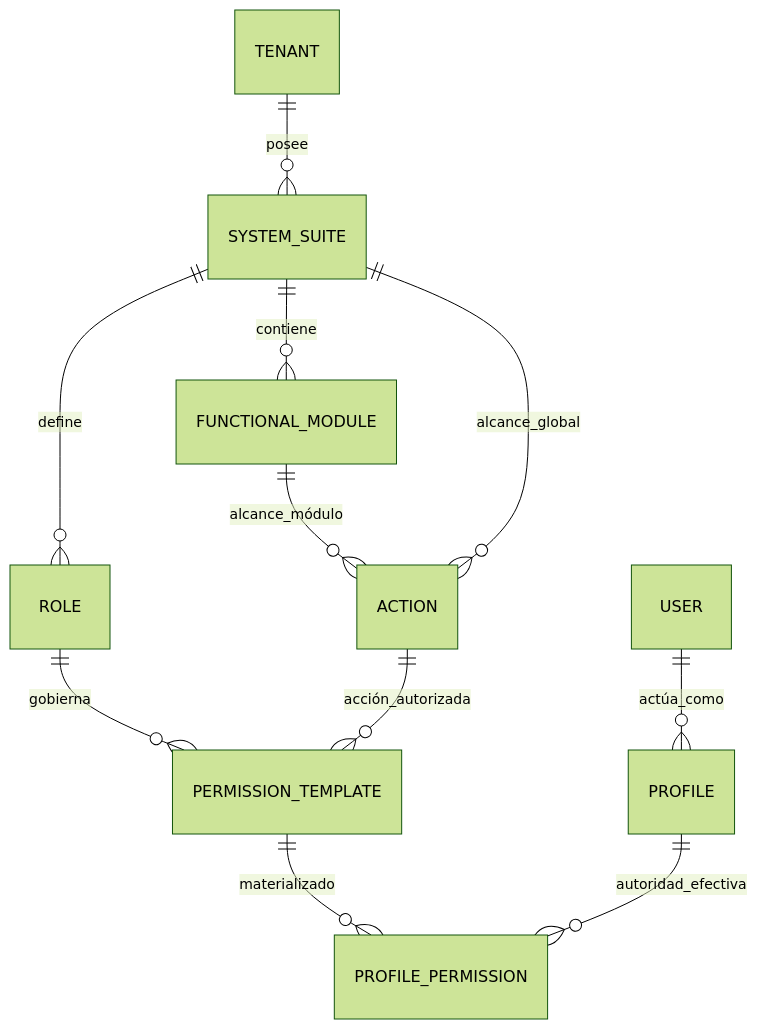
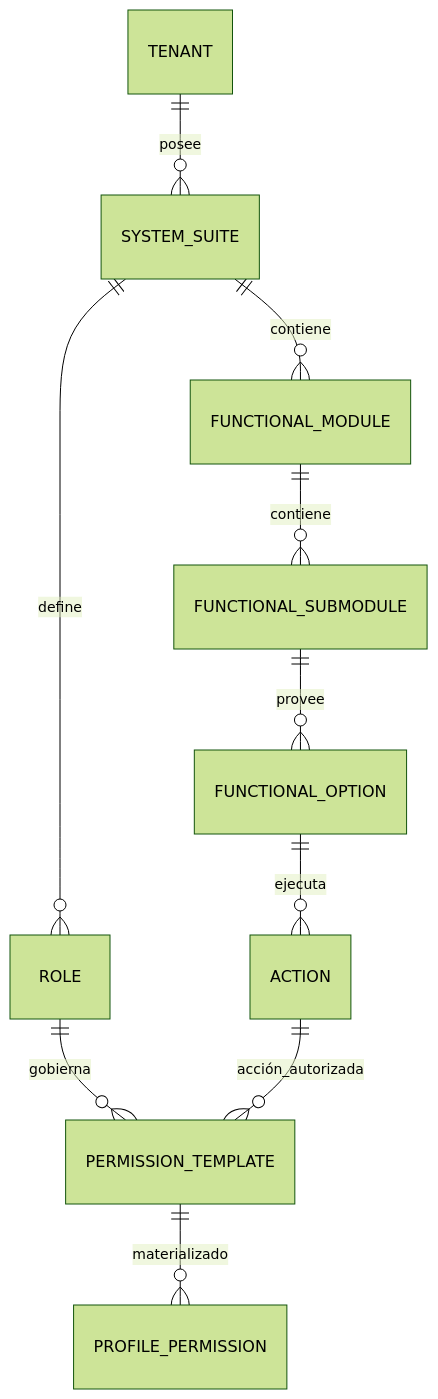
Before and after one commit to beyondnetcode/ums: the first of 3 diagrams in architecture/blueprints-es/database-design-er.md, drawn with Mermaid (forest theme). The commit also changed other lines of this file and 2 other files, not shown here.

Commit message:
feat(auth): enforce strict 5-level functional hierarchy in authorization model (EN/ES)

````diff
--- a/architecture/blueprints-es/database-design-er.md
+++ b/architecture/blueprints-es/database-design-er.md
@@ -27,16 +27,15 @@
 ```mermaid
 erDiagram
     TENANT ||--o{ SYSTEM_SUITE : "posee"
     SYSTEM_SUITE ||--o{ ROLE : "define"
     SYSTEM_SUITE ||--o{ FUNCTIONAL_MODULE : "contiene"
     
     ROLE ||--o{ PERMISSION_TEMPLATE : "gobierna"
     PERMISSION_TEMPLATE ||--o{ PROFILE_PERMISSION : "materializado"
     
-    USER ||--o{ PROFILE : "actúa_como"
-    PROFILE ||--o{ PROFILE_PERMISSION : "autoridad_efectiva"
+    FUNCTIONAL_MODULE ||--o{ FUNCTIONAL_SUBMODULE : "contiene"
+    FUNCTIONAL_SUBMODULE ||--o{ FUNCTIONAL_OPTION : "provee"
+    FUNCTIONAL_OPTION ||--o{ ACTION : "ejecuta"
     
-    FUNCTIONAL_MODULE ||--o{ ACTION : "alcance_módulo"
-    SYSTEM_SUITE ||--o{ ACTION : "alcance_global"
     ACTION ||--o{ PERMISSION_TEMPLATE : "acción_autorizada"
 ```
````
